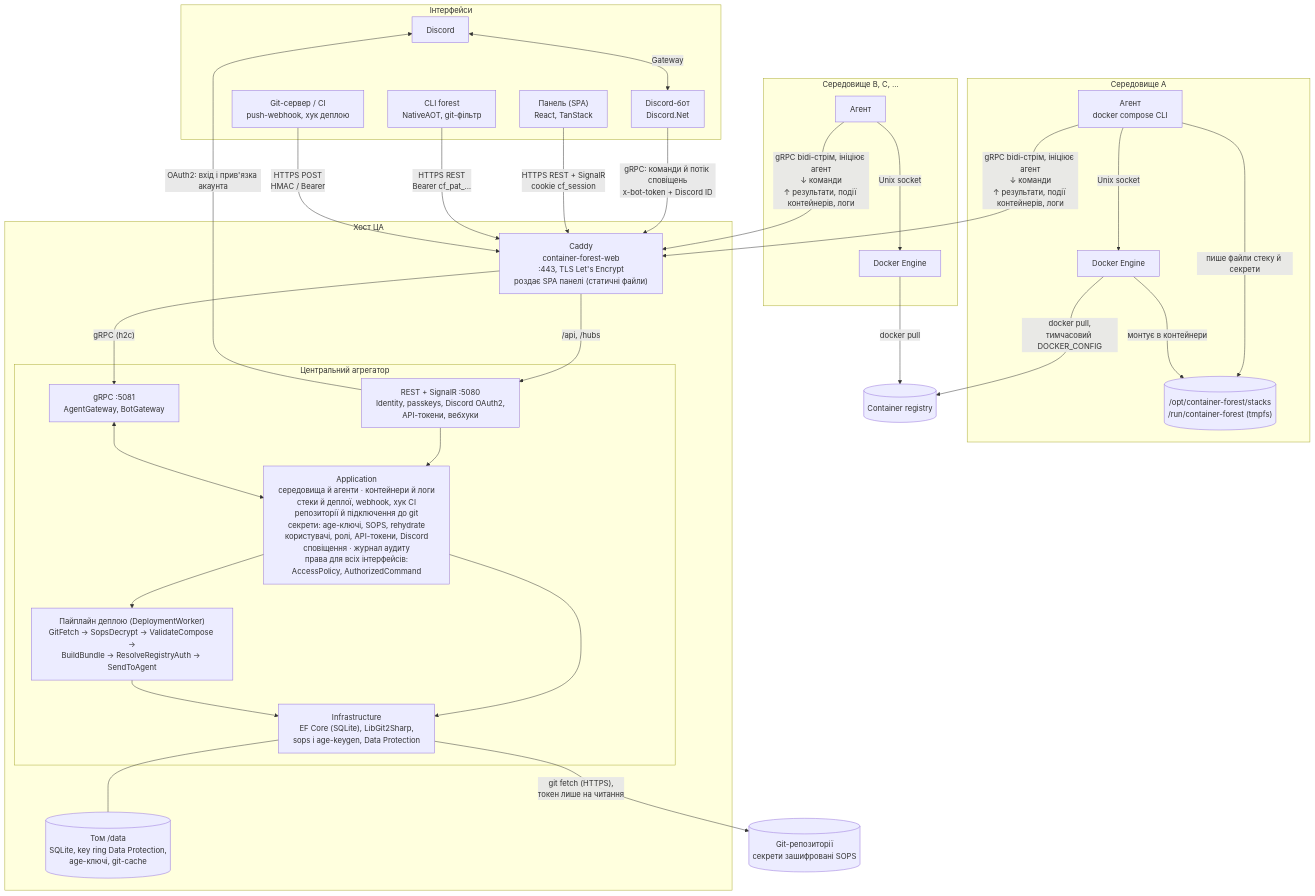
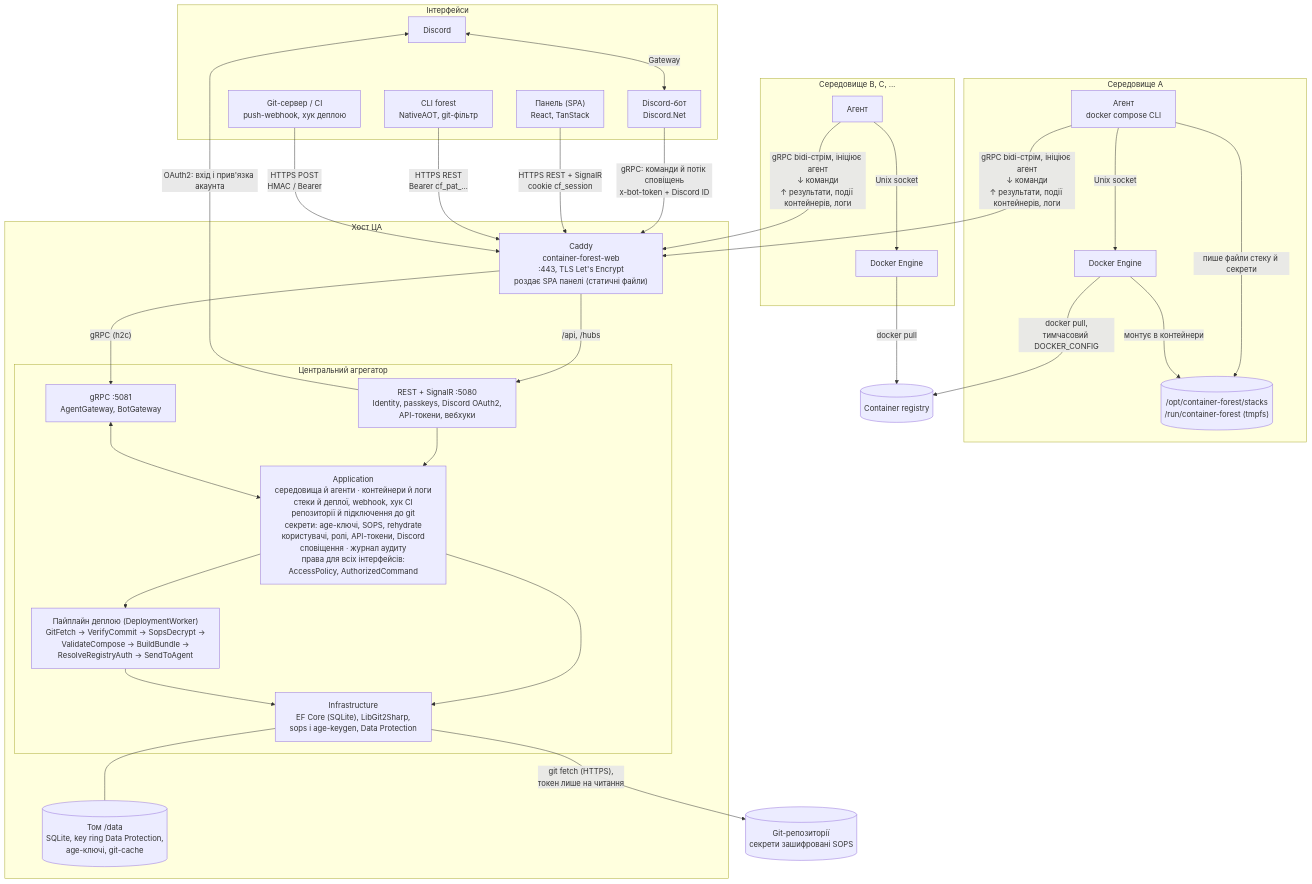
Before and after one commit to container-forest/container-forest: the first of 2 diagrams in docs/architecture.md, drawn with Mermaid. The commit also changed other lines of this file and 4 other files, not shown here.

````diff
--- a/docs/architecture.md
+++ b/docs/architecture.md
@@ -43,54 +43,54 @@
 ```mermaid
 %%{init: {"flowchart": {"wrappingWidth": 360}}}%%
 flowchart TB
   subgraph Clients["Інтерфейси"]
     Discord["Discord"] <-->|"Gateway"| Bot["Discord-бот<br/>Discord.Net"]
     UI["Панель (SPA)<br/>React, TanStack"]
     Cli["CLI forest<br/>NativeAOT, git-фільтр"]
     Hooks["Git-сервер / CI<br/>push-webhook, хук деплою"]
   end
 
   subgraph EnvB["Середовище B, C, …"]
     EA2["Агент"] -->|"Unix socket"| D2["Docker Engine"]
   end
 
   subgraph EnvA["Середовище A"]
     EA1["Агент<br/>docker compose CLI"] -->|"Unix socket"| D1["Docker Engine"]
     S1[("/opt/container-forest/stacks<br/>/run/container-forest (tmpfs)")]
     EA1 -->|"пише файли стеку й секрети"| S1
     D1 -->|"монтує в контейнери"| S1
   end
   subgraph Host["Хост ЦА"]
     Caddy["Caddy<br/>container-forest-web<br/>:443, TLS Let's Encrypt<br/>роздає SPA панелі (статичні файли)"]
     subgraph CA["Центральний агрегатор"]
       Rest["REST + SignalR :5080<br/>Identity, passkeys, Discord OAuth2,<br/>API-токени, вебхуки"]
       Grpc["gRPC :5081<br/>AgentGateway, BotGateway"]
       App["Application<br/>середовища й агенти · контейнери й логи<br/>стеки й деплої, webhook, хук CI<br/>репозиторії й підключення до git<br/>секрети: age-ключі, SOPS, rehydrate<br/>користувачі, ролі, API-токени, Discord<br/>сповіщення · журнал аудиту<br/>права для всіх інтерфейсів:<br/>AccessPolicy, AuthorizedCommand"]
-      Pipe["Пайплайн деплою (DeploymentWorker)<br/>GitFetch → SopsDecrypt → ValidateCompose →<br/>BuildBundle → ResolveRegistryAuth → SendToAgent"]
+      Pipe["Пайплайн деплою (DeploymentWorker)<br/>GitFetch → VerifyCommit → SopsDecrypt →<br/>ValidateCompose → BuildBundle →<br/>ResolveRegistryAuth → SendToAgent"]
       Rest --> App
       Grpc <--> App
       App --> Pipe
       Infra["Infrastructure<br/>EF Core (SQLite), LibGit2Sharp,<br/>sops і age-keygen, Data Protection"]
       App --> Infra
       Pipe --> Infra
     end
     Data[("Том /data<br/>SQLite, key ring Data Protection,<br/>age-ключі, git-cache")]
     Caddy -->|"/api, /hubs"| Rest
     Caddy -->|"gRPC (h2c)"| Grpc
     Infra --- Data
   end
 
   Git[("Git-репозиторії<br/>секрети зашифровані SOPS")]
   Reg[("Container registry")]
 
   Bot -->|"gRPC: команди й потік сповіщень<br/>x-bot-token + Discord ID"| Caddy
   UI -->|"HTTPS REST + SignalR<br/>cookie cf_session"| Caddy
   Cli -->|"HTTPS REST<br/>Bearer cf_pat_…"| Caddy
   Hooks -->|"HTTPS POST<br/>HMAC / Bearer"| Caddy
   EA1 -->|"gRPC bidi-стрім, ініціює агент<br/>↓ команди<br/>↑ результати, події контейнерів, логи"| Caddy
   EA2 -->|"gRPC bidi-стрім, ініціює агент<br/>↓ команди<br/>↑ результати, події контейнерів, логи"| Caddy
   Infra -->|"git fetch (HTTPS),<br/>токен лише на читання"| Git
   D1 -->|"docker pull,<br/>тимчасовий DOCKER_CONFIG"| Reg
   D2 -->|"docker pull"| Reg
   Rest -->|"OAuth2: вхід і прив'язка акаунта"| Discord
 ```
````
